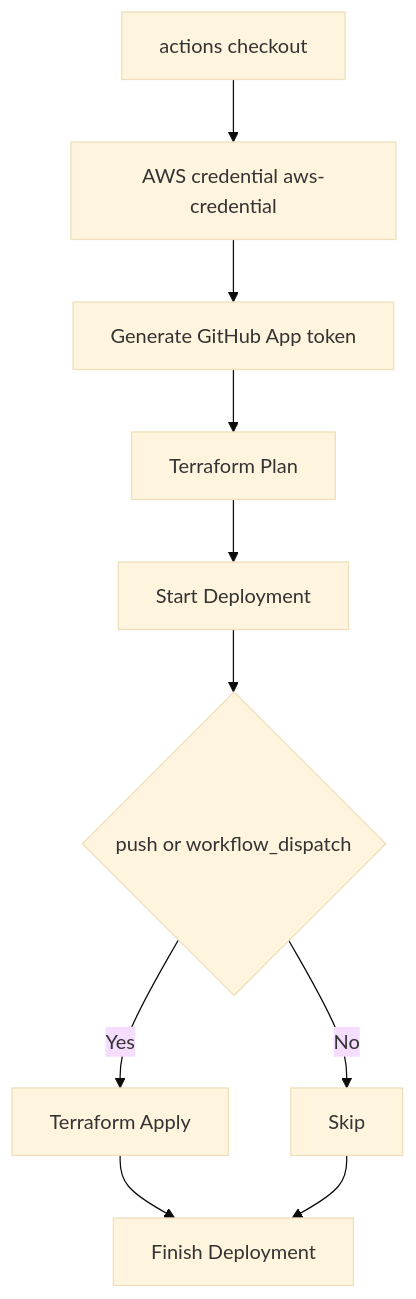
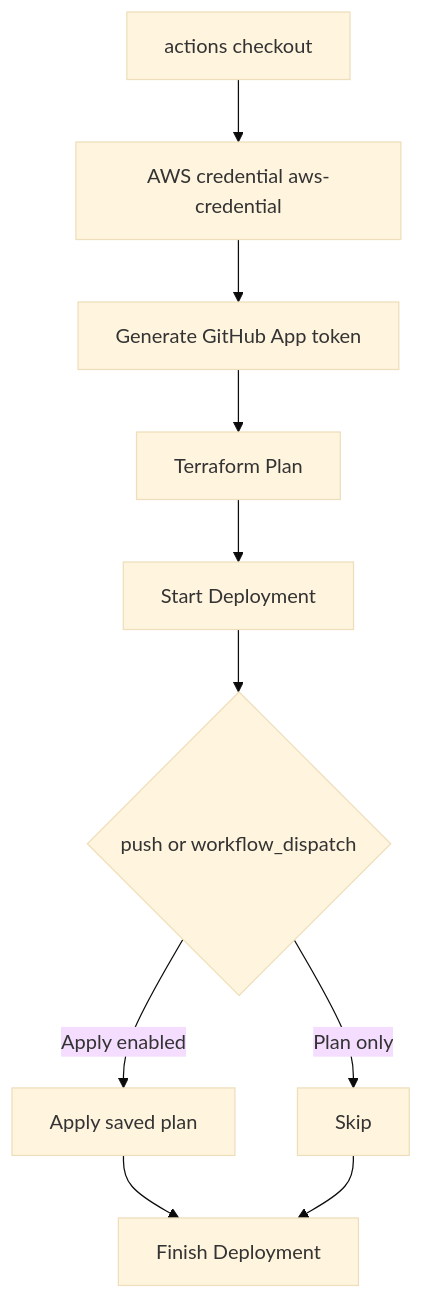
One commit to tqer39/terraform-github changed the first of 2 diagrams in README.md. Above: the diagram before and after it, drawn with Mermaid (base theme). The commit also changed other lines of this file and 25 other files, not shown here.

````diff
--- a/README.md
+++ b/README.md
@@ -124,12 +132,12 @@
 ```mermaid
 graph TD
   A[actions checkout] --> B[AWS credential aws-credential]
   B --> C[Generate GitHub App token]
   C --> D[Terraform Plan]
   D --> E[Start Deployment]
   E --> F{push or workflow_dispatch}
-  F -- Yes --> G[Terraform Apply]
-  F -- No --> H[Skip]
+  F -- Apply enabled --> G[Apply saved plan]
+  F -- Plan only --> H[Skip]
   G --> I[Finish Deployment]
   H --> I
 ```
````
